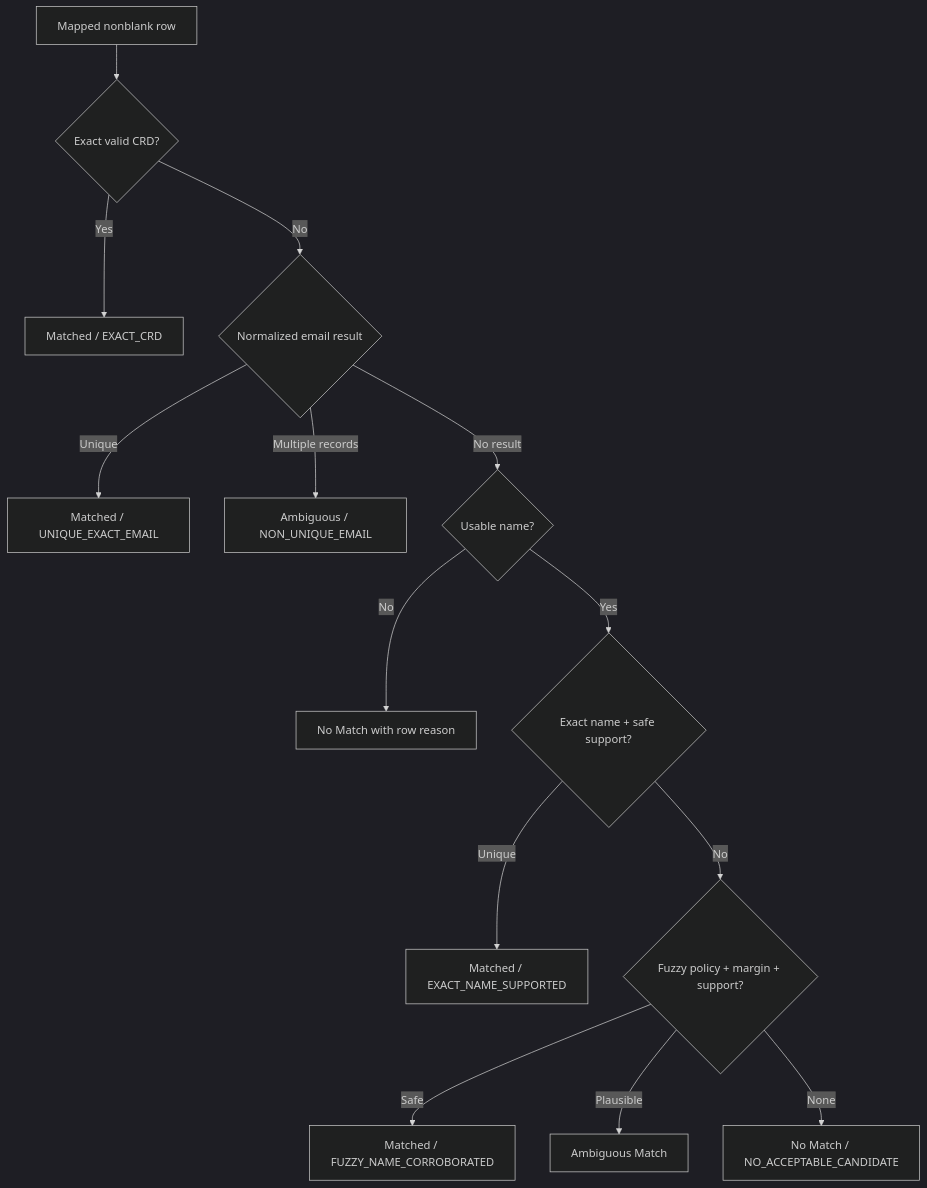
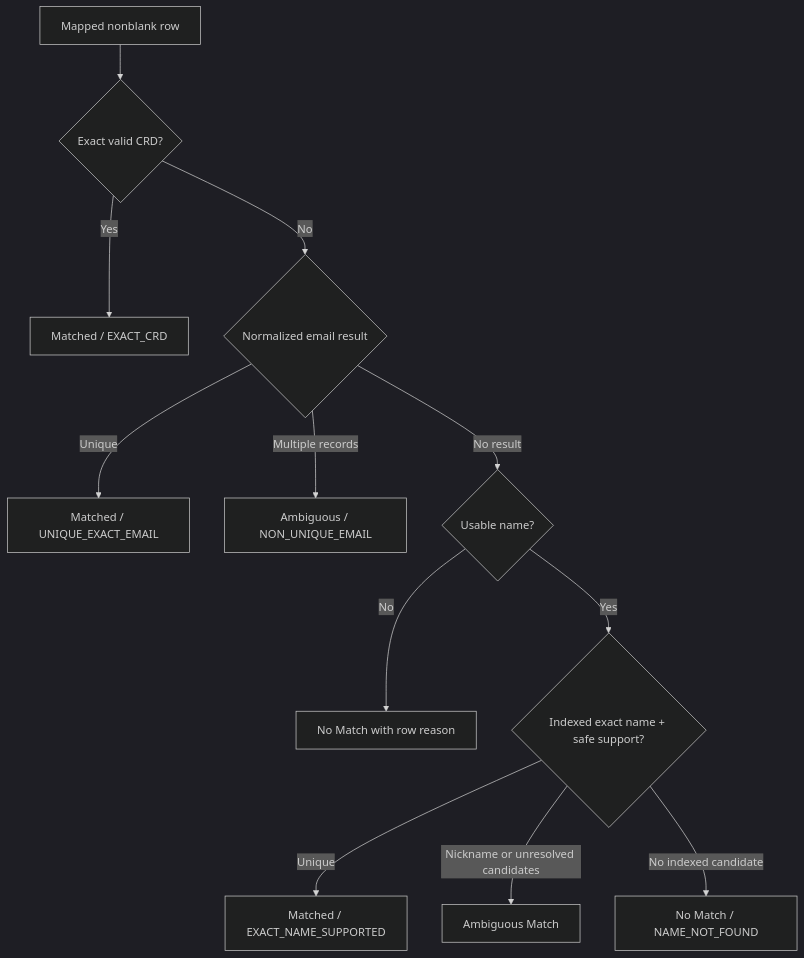
The second of 2 diagrams in advisor-match-agent/docs/ADVISOR_MATCH_WORKFLOW_WALKTHROUGH.md (lizequnwz/deepagents-agents), drawn with Mermaid (dark theme) before and after one commit. The commit also changed other lines of this file and 30 other files, not shown here.

````diff
--- a/advisor-match-agent/docs/ADVISOR_MATCH_WORKFLOW_WALKTHROUGH.md
+++ b/advisor-match-agent/docs/ADVISOR_MATCH_WORKFLOW_WALKTHROUGH.md
@@ -57,16 +57,14 @@
 ```mermaid
 flowchart TD
     ROW["Mapped nonblank row"] --> CRD{"Exact valid CRD?"}
     CRD -->|Yes| MC["Matched / EXACT_CRD"]
     CRD -->|No| EMAIL{"Normalized email result"}
     EMAIL -->|Unique| ME["Matched / UNIQUE_EXACT_EMAIL"]
     EMAIL -->|Multiple records| AE["Ambiguous / NON_UNIQUE_EMAIL"]
     EMAIL -->|No result| NAME{"Usable name?"}
     NAME -->|No| NM["No Match with row reason"]
-    NAME -->|Yes| EXACT{"Exact name + safe support?"}
+    NAME -->|Yes| EXACT{"Indexed exact name + safe support?"}
     EXACT -->|Unique| MN["Matched / EXACT_NAME_SUPPORTED"]
-    EXACT -->|No| FUZZY{"Fuzzy policy + margin + support?"}
-    FUZZY -->|Safe| MF["Matched / FUZZY_NAME_CORROBORATED"]
-    FUZZY -->|Plausible| AM["Ambiguous Match"]
-    FUZZY -->|None| NC["No Match / NO_ACCEPTABLE_CANDIDATE"]
+    EXACT -->|Nickname or unresolved candidates| AM["Ambiguous Match"]
+    EXACT -->|No indexed candidate| NC["No Match / NAME_NOT_FOUND"]
 ```
````
